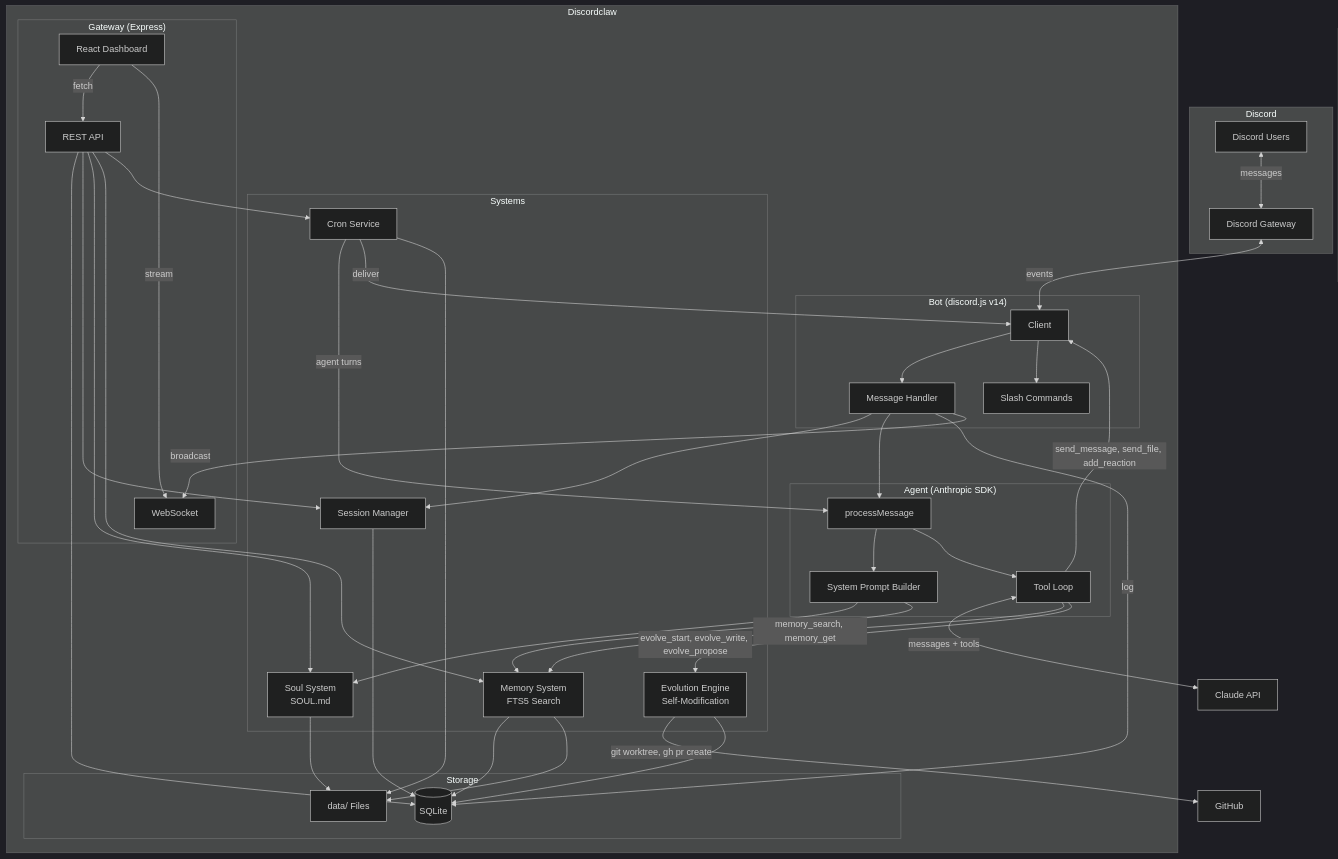
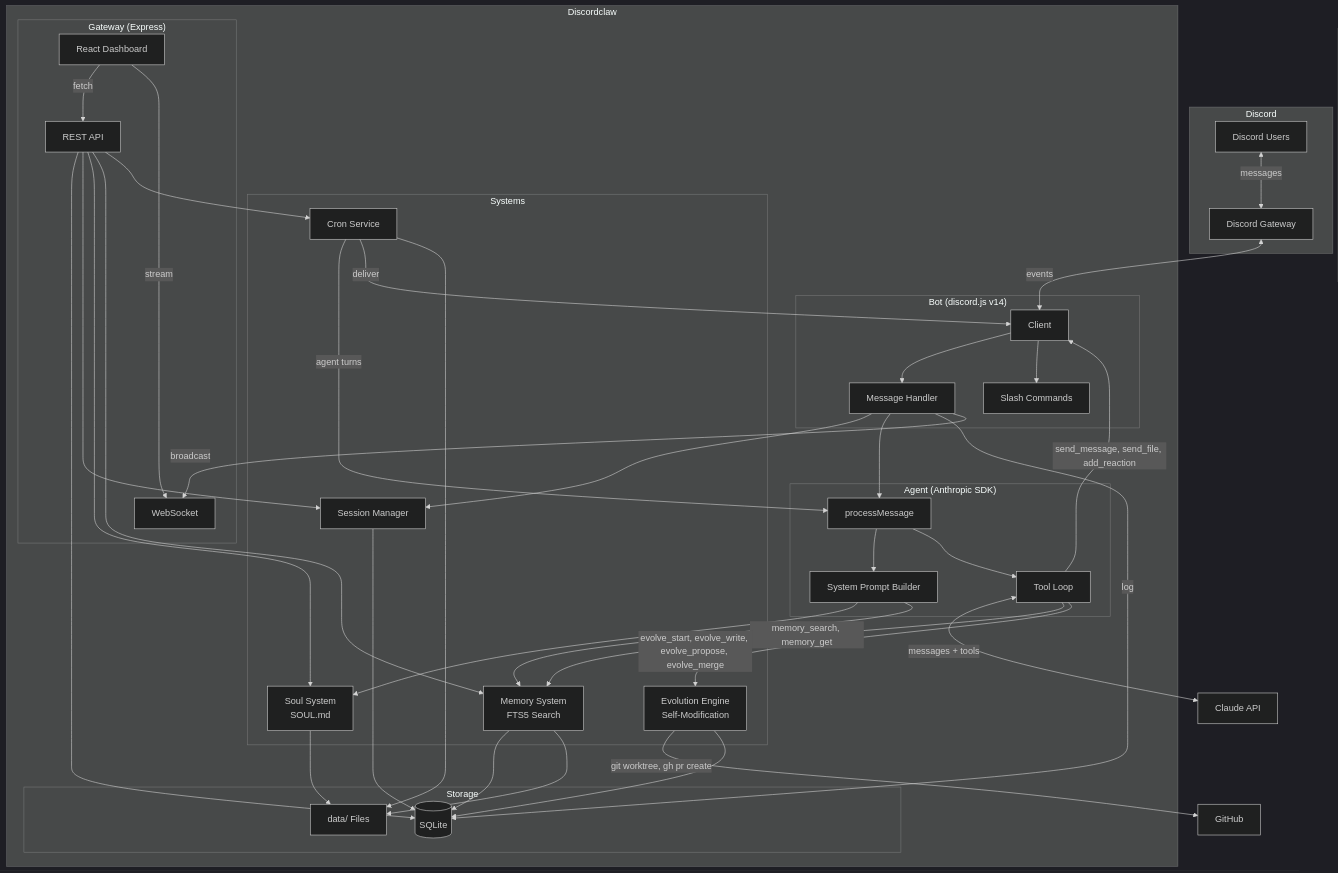
Before and after one commit to NaichuanZhang/discord-claw: the first of 5 diagrams in README.md, drawn with Mermaid (dark theme). The commit also changed other lines of this file and 3 other files, not shown here.

First line of the commit message:
feat: add evolve_review and evolve_merge tools for Discord-driven deployment

````diff
--- a/README.md
+++ b/README.md
@@ -7,75 +7,75 @@
 ```mermaid
 graph TB
     subgraph Discord
         DU[Discord Users]
         DG[Discord Gateway]
     end
 
     subgraph Discordclaw
         subgraph Bot["Bot (discord.js v14)"]
             CL[Client]
             MH[Message Handler]
             SC[Slash Commands]
         end
 
         subgraph Agent["Agent (Anthropic SDK)"]
             PM[processMessage]
             SP[System Prompt Builder]
             TL[Tool Loop]
         end
 
         subgraph Systems
             SOUL[Soul System<br/>SOUL.md]
             MEM[Memory System<br/>FTS5 Search]
             SESS[Session Manager]
             CRON[Cron Service]
             EVO[Evolution Engine<br/>Self-Modification]
         end
 
         subgraph Storage
             DB[(SQLite)]
             FS[data/ Files]
         end
 
         subgraph Gateway["Gateway (Express)"]
             API[REST API]
             WS[WebSocket]
             UI[React Dashboard]
         end
     end
 
     CLAUDE[Claude API]
 
     DU <-->|messages| DG
     DG <-->|events| CL
     CL --> MH
     CL --> SC
     MH --> SESS
     SESS --> DB
     MH --> PM
     PM --> SP
     SP --> SOUL
     SP --> MEM
     PM --> TL
     TL <-->|messages + tools| CLAUDE
     TL -->|memory_search, memory_get| MEM
     TL -->|send_message, send_file, add_reaction| CL
-    TL -->|evolve_start, evolve_write, evolve_propose| EVO
+    TL -->|evolve_start, evolve_write, evolve_propose, evolve_merge| EVO
     EVO -->|git worktree, gh pr create| GH[GitHub]
     EVO --> DB
     MH -->|log| DB
     MH -->|broadcast| WS
     MEM --> DB
     MEM --> FS
     SOUL --> FS
     CRON -->|agent turns| PM
     CRON -->|deliver| CL
     CRON --> FS
     API --> DB
     API --> SESS
     API --> SOUL
     API --> MEM
     API --> CRON
     UI -->|fetch| API
     UI -->|stream| WS
 ```
````
